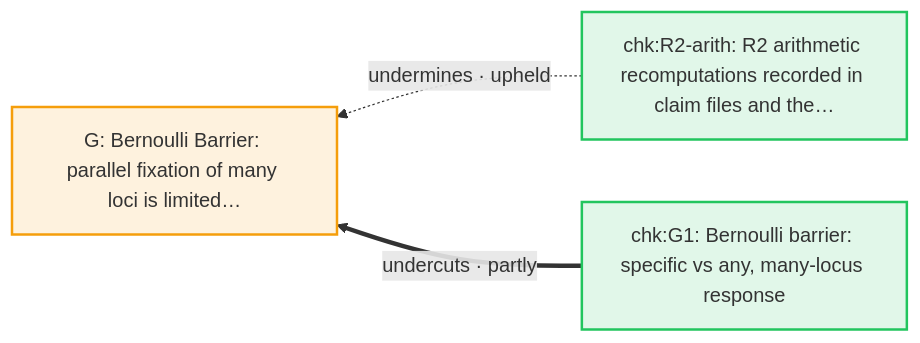
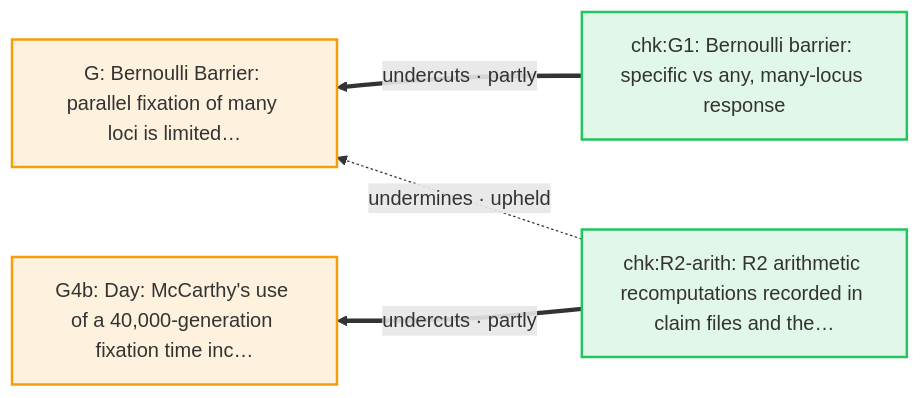
Diagram 12 of 16 in docs/arguments/defeaters.md (nickallevato/evo-sim), drawn with Mermaid before and after one commit. The commit also changed other lines of this file and 24 other files, not shown here.

````diff
--- a/docs/arguments/defeaters.md
+++ b/docs/arguments/defeaters.md
@@ -596,13 +597,15 @@
 ```mermaid
 flowchart RL
   classDef day fill:#f59e0b22,stroke:#f59e0b,stroke-width:2px
   classDef ally fill:#d9770622,stroke:#d97706,stroke-width:2px
   classDef critic fill:#3b82f622,stroke:#3b82f6,stroke-width:2px
   classDef literature fill:#a3a3a322,stroke:#a3a3a3,stroke-width:2px
   classDef audit fill:#22c55e22,stroke:#22c55e,stroke-width:2px
   G["G: Bernoulli Barrier: parallel fixation of many loci is limited…"]:::day
+  G4b["G4b: Day: McCarthy's use of a 40,000-generation fixation time inc…"]:::day
   chk_G1["chk:G1: Bernoulli barrier: specific vs any, many-locus response"]:::audit
   chk_R2_arith["chk:R2-arith: R2 arithmetic recomputations recorded in claim files and the…"]:::audit
+  chk_R2_arith ==>|"undercuts · partly"| G4b
   chk_R2_arith -.->|"undermines · upheld"| G
   chk_G1 ==>|"undercuts · partly"| G
 ```
````
